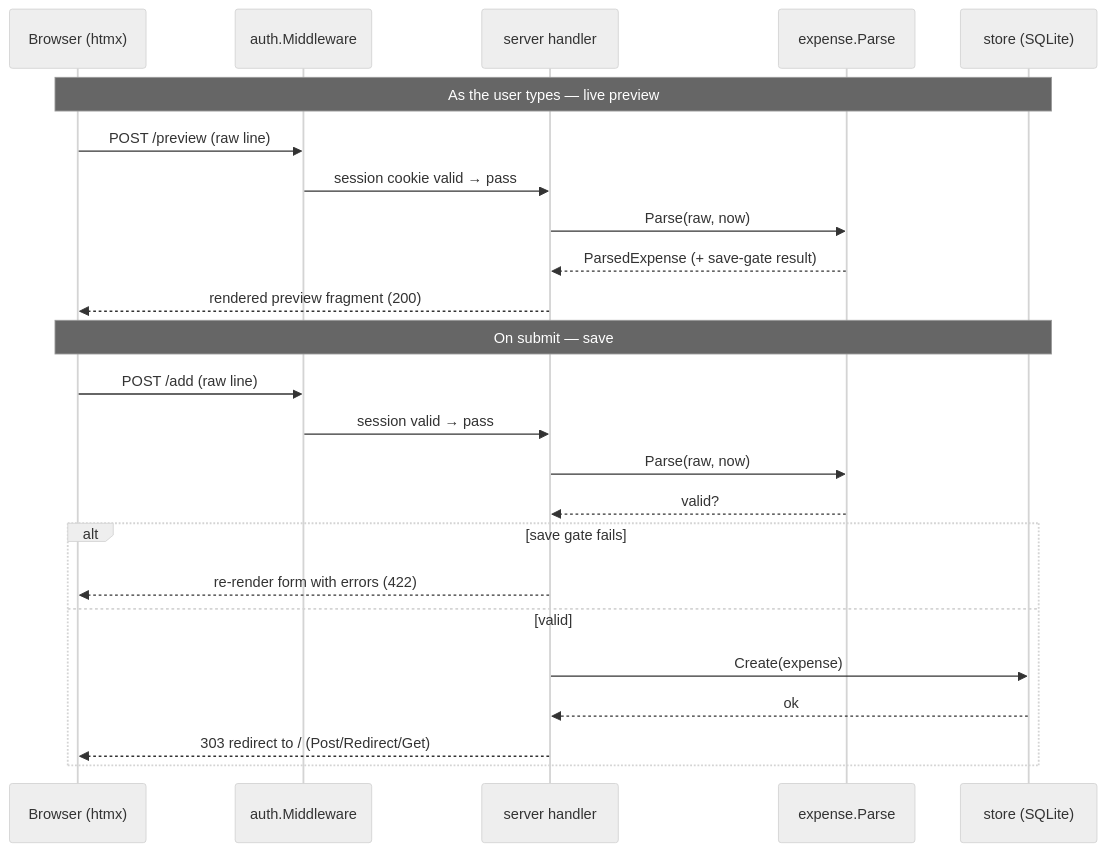
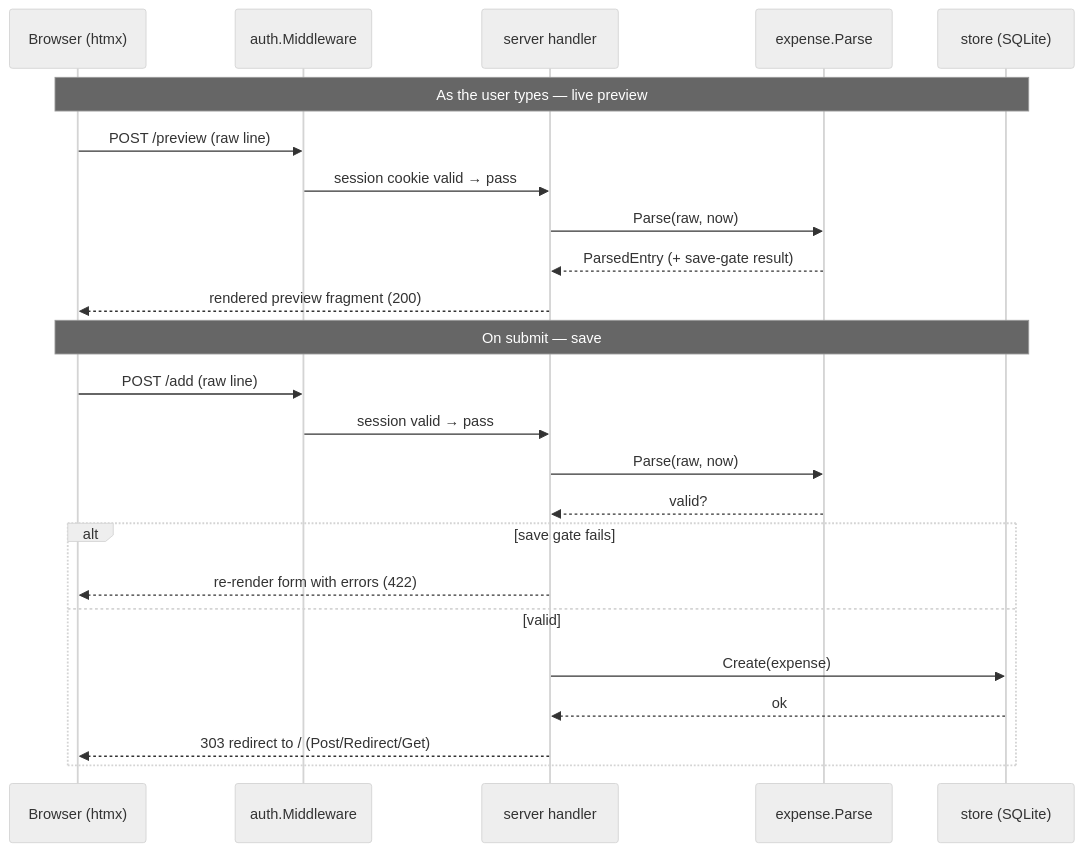
The second of 3 diagrams in docs/architecture.md (emepetres/life-ledger), drawn with Mermaid (neutral theme) before and after one commit. The commit also changed other lines of this file and 19 other files, not shown here.

````diff
--- a/docs/architecture.md
+++ b/docs/architecture.md
@@ -93,28 +106,28 @@
 ```mermaid
 sequenceDiagram
     participant B as Browser (htmx)
     participant M as auth.Middleware
     participant H as server handler
     participant P as expense.Parse
     participant S as store (SQLite)
 
     Note over B,S: As the user types — live preview
     B->>M: POST /preview (raw line)
     M->>H: session cookie valid → pass
     H->>P: Parse(raw, now)
-    P-->>H: ParsedExpense (+ save-gate result)
+    P-->>H: ParsedEntry (+ save-gate result)
     H-->>B: rendered preview fragment (200)
 
     Note over B,S: On submit — save
     B->>M: POST /add (raw line)
     M->>H: session valid → pass
     H->>P: Parse(raw, now)
     P-->>H: valid?
     alt save gate fails
         H-->>B: re-render form with errors (422)
     else valid
         H->>S: Create(expense)
         S-->>H: ok
         H-->>B: 303 redirect to / (Post/Redirect/Get)
     end
 ```
````
